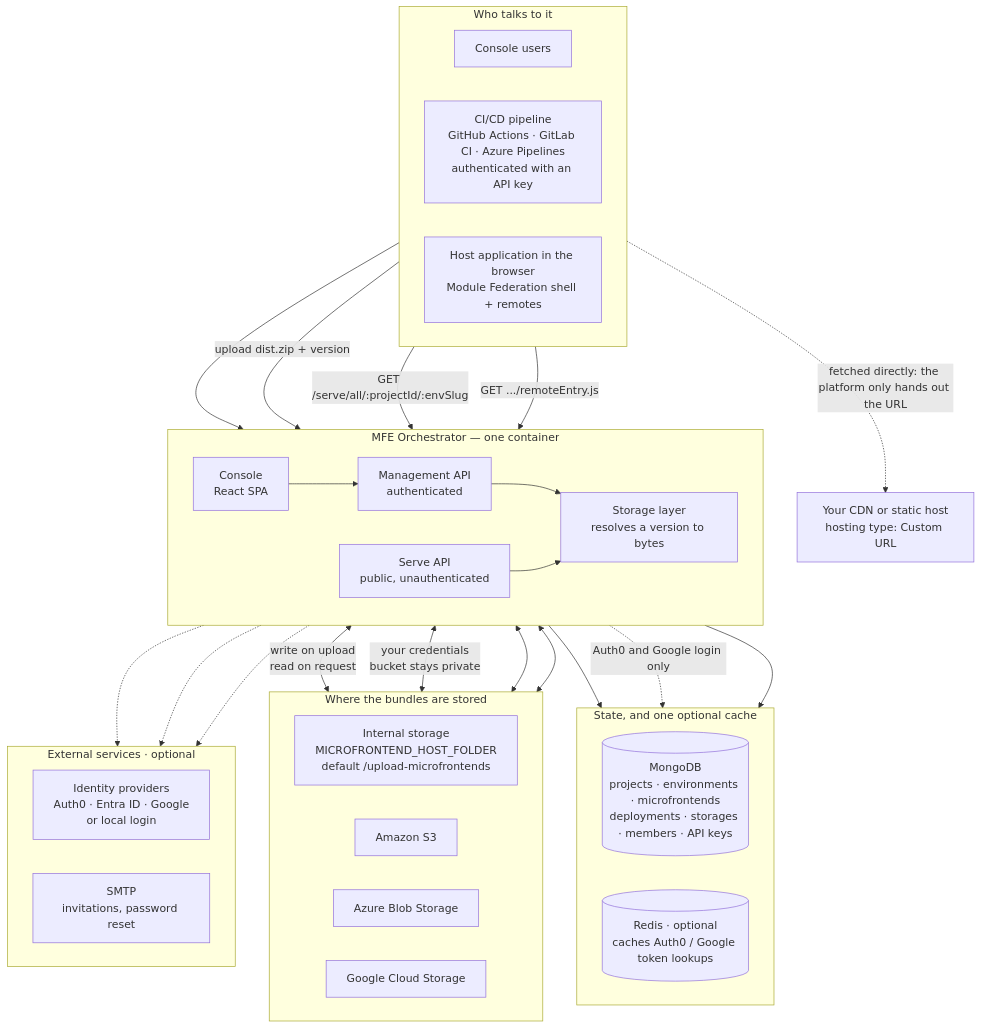
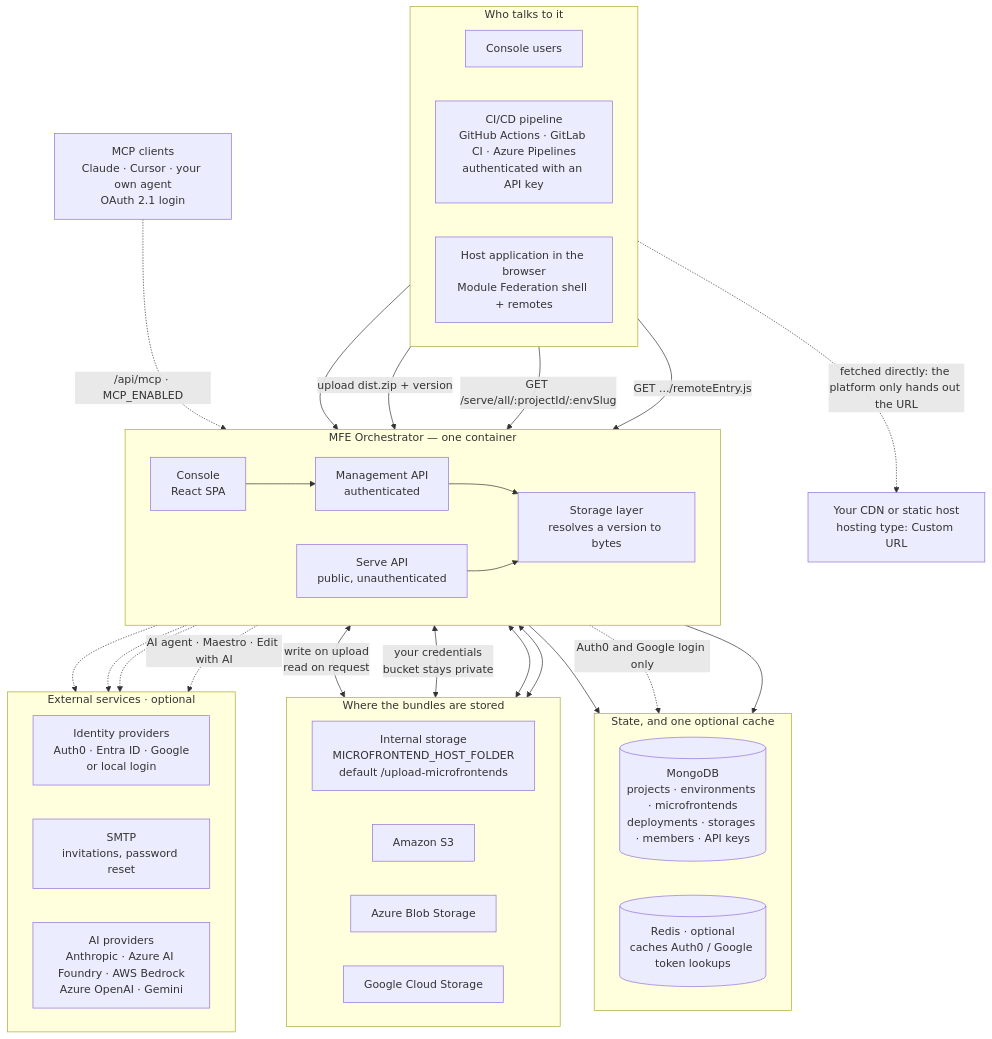
Before and after one commit to mfe-orchestrator/documentation: the first of 4 diagrams in docs/architecture.md, drawn with Mermaid. The commit also changed other lines of this file and 59 other files, not shown here.

````diff
--- a/docs/architecture.md
+++ b/docs/architecture.md
@@ -27,62 +28,66 @@
 ```mermaid
 flowchart TB
     subgraph clients["Who talks to it"]
         direction LR
         people["Console users"]
         ci["CI/CD pipeline<br/>GitHub Actions · GitLab CI · Azure Pipelines<br/>authenticated with an API key"]
         browser["Host application in the browser<br/>Module Federation shell + remotes"]
     end
 
     subgraph orch["MFE Orchestrator — one container"]
         direction LR
         console["Console<br/>React SPA"]
         mgmt["Management API<br/>authenticated"]
         serve["Serve API<br/>public, unauthenticated"]
         storage["Storage layer<br/>resolves a version to bytes"]
     end
 
     subgraph state["State, and one optional cache"]
         direction LR
         mongo[("MongoDB<br/>projects · environments · microfrontends<br/>deployments · storages · members · API keys")]
         redis[("Redis · optional<br/>caches Auth0 / Google token lookups")]
     end
 
     subgraph artifacts["Where the bundles are stored"]
         direction LR
         internal["Internal storage<br/>MICROFRONTEND_HOST_FOLDER<br/>default /upload-microfrontends"]
         s3["Amazon S3"]
         blob["Azure Blob Storage"]
         gcs["Google Cloud Storage"]
     end
 
     subgraph optional["External services · optional"]
         direction LR
         idp["Identity providers<br/>Auth0 · Entra ID · Google<br/>or local login"]
         smtp["SMTP<br/>invitations, password reset"]
+        ai["AI providers<br/>Anthropic · Azure AI Foundry · AWS Bedrock<br/>Azure OpenAI · Gemini"]
     end
 
     ext["Your CDN or static host<br/>hosting type: Custom URL"]
 
+    mcpc["MCP clients<br/>Claude · Cursor · your own agent<br/>OAuth 2.1 login"]
+    mcpc -.->|"/api/mcp · MCP_ENABLED"| mgmt
     people --> console
     console --> mgmt
     ci -->|"upload dist.zip + version"| mgmt
     browser -->|"GET /serve/all/:projectId/:envSlug"| serve
     browser -->|"GET .../remoteEntry.js"| serve
 
     mgmt --> storage
     serve --> storage
     mgmt --> mongo
     mgmt -.->|"Auth0 and Google login only"| redis
     serve --> mongo
 
     console -.-> idp
     mgmt -.-> idp
     mgmt -.-> smtp
+    mgmt -.->|"AI agent · Maestro · Edit with AI"| ai
 
     storage <-->|"write on upload<br/>read on request"| internal
     storage <-->|"your credentials<br/>bucket stays private"| s3
     storage <--> blob
     storage <--> gcs
 
     browser -.->|"fetched directly: the platform only hands out the URL"| ext
 ```
````
